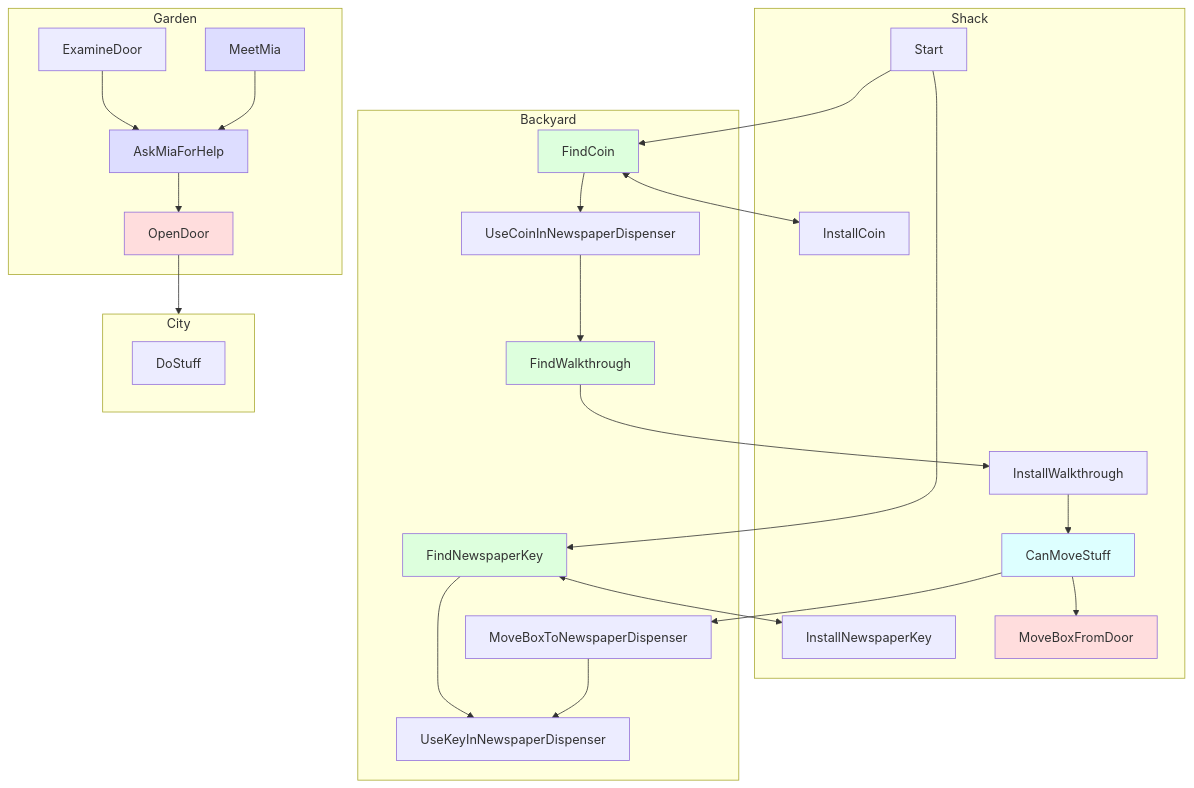
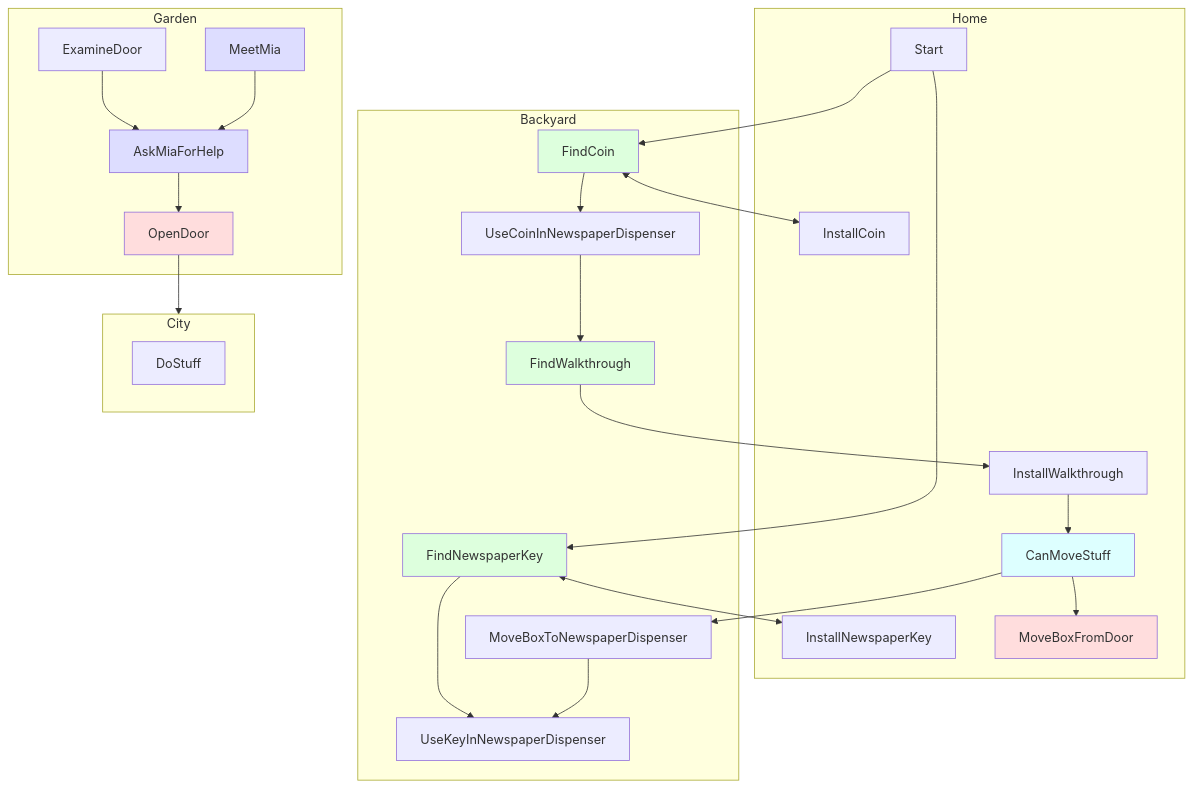
The diagram in diagrams/base.mermaid (gregorhcs/RacoonTaleDocs), drawn with Mermaid before and after one commit. The commit also changed 2 other files, not shown here.

```diff
--- a/diagrams/base.mermaid
+++ b/diagrams/base.mermaid
@@ -1,56 +1,56 @@
 flowchart TD
     classDef exit fill:#fdd
     classDef loot fill:#dfd
     classDef dialog fill:#ddf
     classDef tech fill:#dff
 
-	subgraph Shack
+	subgraph Home
         Start
 		InstallWalkthrough
 		InstallCoin
 		InstallNewspaperKey
         CanMoveStuff:::tech
 		MoveBoxFromDoor:::exit
 	end
 	
 	subgraph Backyard
 		FindCoin:::loot
 		FindWalkthrough:::loot
         FindNewspaperKey:::loot
         UseCoinInNewspaperDispenser
 		MoveBoxToNewspaperDispenser
         UseKeyInNewspaperDispenser
 	end
 	
 	subgraph Garden
 		OpenDoor:::exit
 		
 		MeetMia:::dialog
 		AskMiaForHelp:::dialog
 		
 		ExamineDoor
 	end
 	
 	subgraph City
 		DoStuff
 	end
 
     Start-->FindCoin
     Start-->FindNewspaperKey
 
     FindNewspaperKey<-->InstallNewspaperKey
     FindCoin<-->InstallCoin
     FindCoin-->UseCoinInNewspaperDispenser
     UseCoinInNewspaperDispenser-->FindWalkthrough
     FindWalkthrough-->InstallWalkthrough
     InstallWalkthrough-->CanMoveStuff
     CanMoveStuff-->MoveBoxFromDoor
     CanMoveStuff-->MoveBoxToNewspaperDispenser
     FindNewspaperKey-->UseKeyInNewspaperDispenser
     MoveBoxToNewspaperDispenser-->UseKeyInNewspaperDispenser
 
     ExamineDoor-->AskMiaForHelp	
     AskMiaForHelp-->OpenDoor
     MeetMia-->AskMiaForHelp
     
     OpenDoor-->City
```
